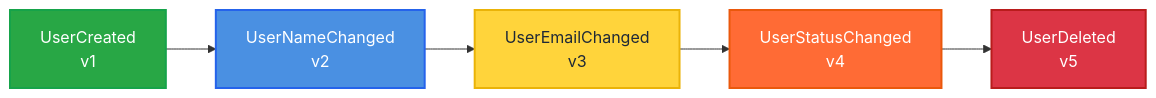
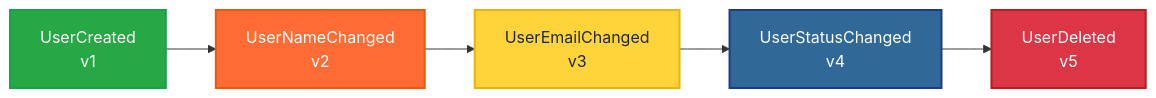
One commit to anmarkoulis/event-sourcing changed the diagram in docs/presentation/diagrams/source/event-stream-sequence.mmd. Above: the diagram before and after it, drawn with Mermaid. The commit also changed 3 other files, not shown here.

```diff
--- a/docs/presentation/diagrams/source/event-stream-sequence.mmd
+++ b/docs/presentation/diagrams/source/event-stream-sequence.mmd
@@ -1,11 +1,11 @@
 graph LR
     A[UserCreated<br/>v1] --> B[UserNameChanged<br/>v2]
     B --> C[UserEmailChanged<br/>v3]
     C --> D[UserStatusChanged<br/>v4]
     D --> E[UserDeleted<br/>v5]
 
     style A fill:#28A745,stroke:#16a34a,stroke-width:2px,color:#ffffff
-    style B fill:#4A90E2,stroke:#2563eb,stroke-width:2px,color:#ffffff
+    style B fill:#FF6B35,stroke:#ea580c,stroke-width:2px,color:#ffffff
     style C fill:#FFD43B,stroke:#eab308,stroke-width:2px,color:#1f2937
-    style D fill:#FF6B35,stroke:#ea580c,stroke-width:2px,color:#ffffff
+    style D fill:#306998,stroke:#1e3a8a,stroke-width:2px,color:#ffffff
     style E fill:#DC3545,stroke:#b91c1c,stroke-width:2px,color:#ffffff
```
